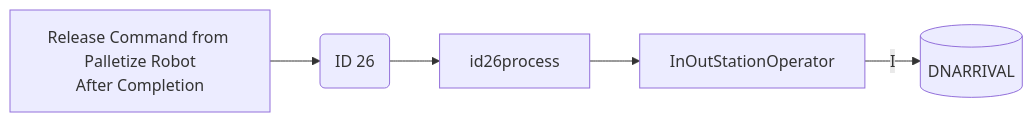
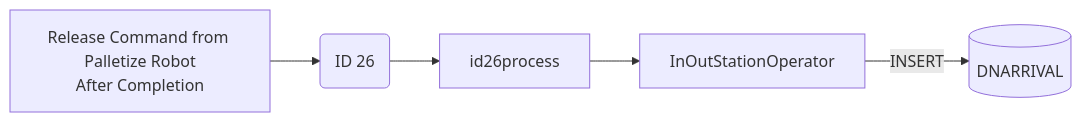
One commit to luthfiadityaa/SimeDarby-Wiki changed the second of 7 diagrams in Basic-Design/DFD-WMS/Storage/Palletizing-Settting/Palletize-Start.md. Above: the diagram before and after it, drawn with Mermaid.

Commit message:
Updated Palletize Start

```diff
--- a/Basic-Design/DFD-WMS/Storage/Palletizing-Settting/Palletize-Start.md
+++ b/Basic-Design/DFD-WMS/Storage/Palletizing-Settting/Palletize-Start.md
@@ -258,21 +258,21 @@
 ::: mermaid
 flowchart LR
 
 releaseCommand["
 Release Command from Palletize Robot
 After Completion 
 "]
 
 id26msg("
 ID 26
 ")
 
 id26-insert[("
 DNARRIVAL
 ")]
 
 inoutstationoperator[InOutStationOperator]
 
 releaseCommand-->id26msg-->id26process-->inoutstationoperator
-inoutstationoperator--I-->id26-insert
+inoutstationoperator--> |INSERT| id26-insert
 :::
```
